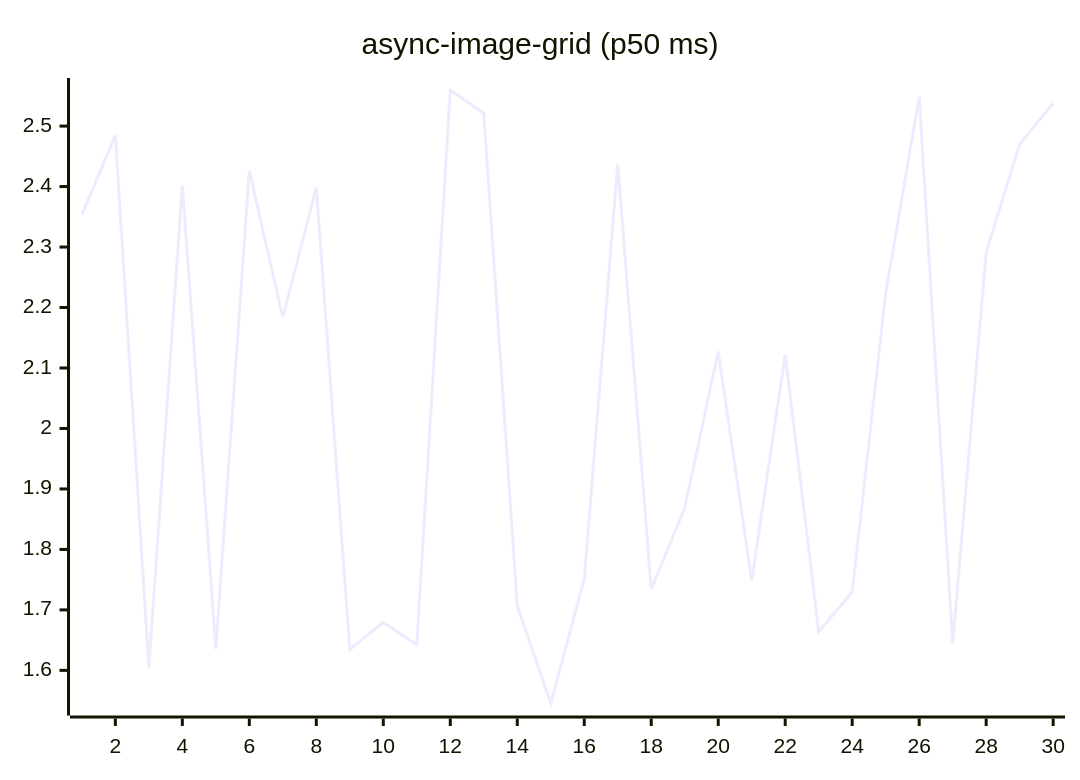
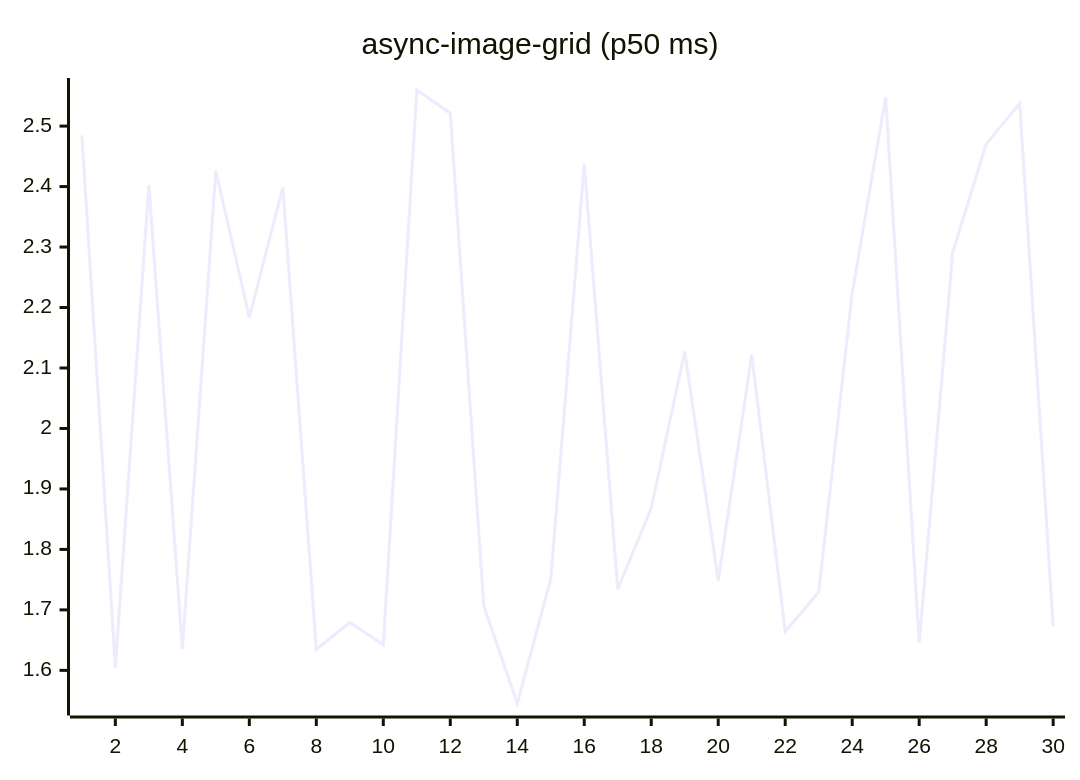
Before and after one commit to josha/Facet: the fifth of 27 diagrams in README.md, drawn with Mermaid. The commit also changed other lines of this file and 2 other files, not shown here.

````diff
--- a/README.md
+++ b/README.md
@@ -91,6 +91,6 @@
 ```mermaid
 xychart-beta
     title "async-image-grid (p50 ms)"
     x-axis 1 --> 30
-    line [2.3531, 2.4847, 1.6045, 2.4025, 1.6357, 2.4260, 2.1835, 2.3985, 1.6346, 1.6792, 1.6424, 2.5597, 2.5214, 1.7066, 1.5452, 1.7512, 2.4372, 1.7341, 1.8684, 2.1272, 1.7487, 2.1221, 1.6642, 1.7295, 2.2238, 2.5483, 1.6449, 2.2910, 2.4702, 2.5376]
+    line [2.4847, 1.6045, 2.4025, 1.6357, 2.4260, 2.1835, 2.3985, 1.6346, 1.6792, 1.6424, 2.5597, 2.5214, 1.7066, 1.5452, 1.7512, 2.4372, 1.7341, 1.8684, 2.1272, 1.7487, 2.1221, 1.6642, 1.7295, 2.2238, 2.5483, 1.6449, 2.2910, 2.4702, 2.5376, 1.6727]
 ```
````
